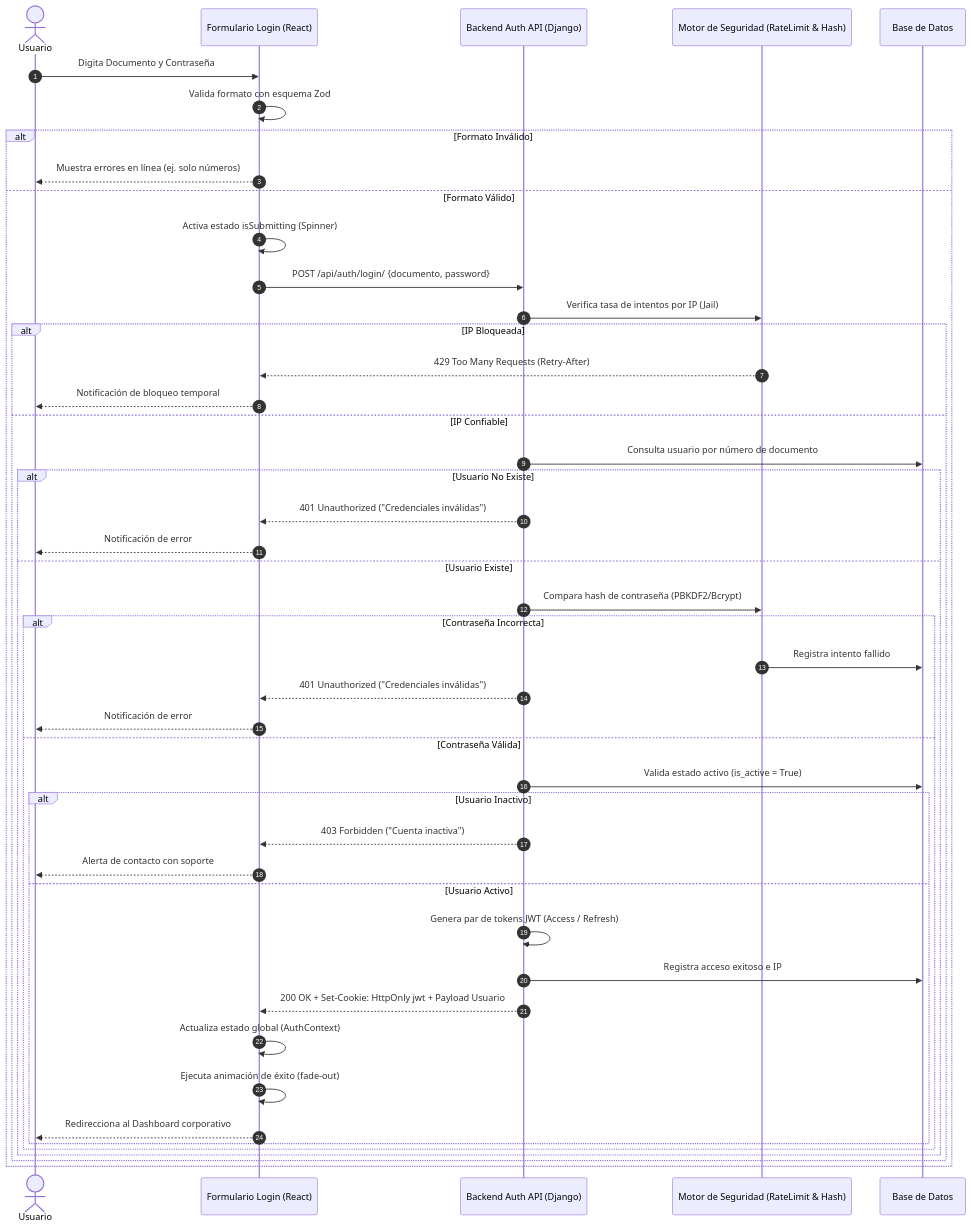
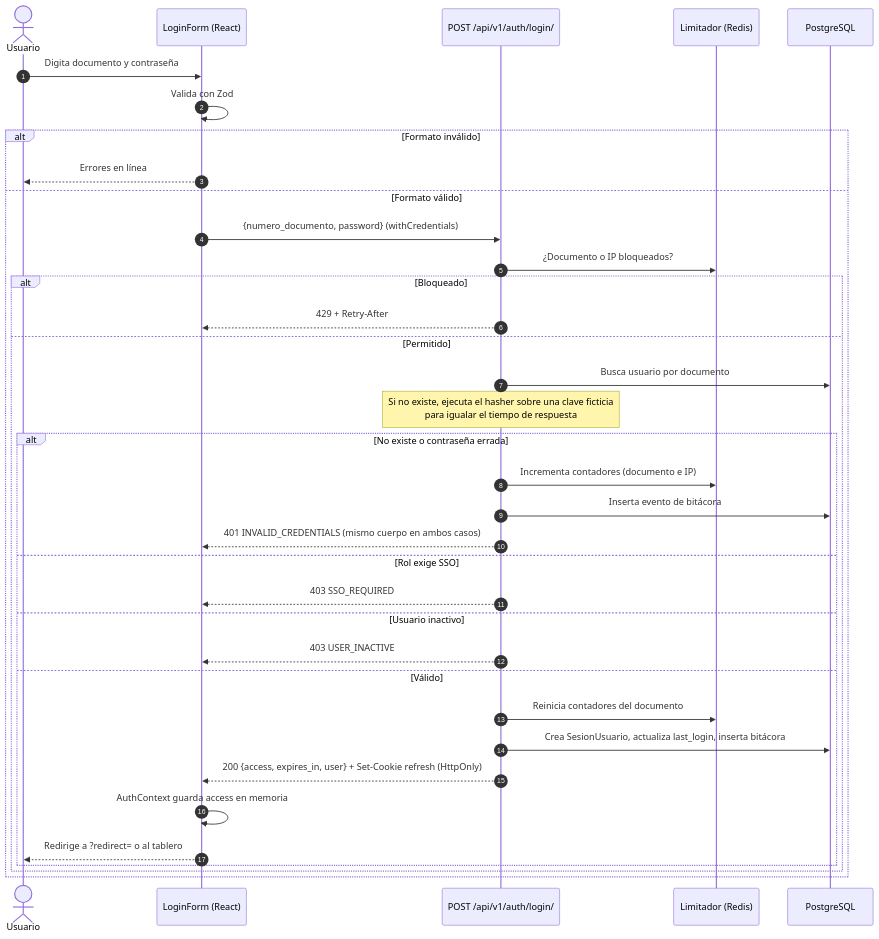
Before and after one commit to jnmontoy/sdd: the second of 4 diagrams in greenfield/pages/login/02_arquitectura_y_maquina_estados.md, drawn with Mermaid. The commit also changed other lines of this file and 152 other files, not shown here.

````diff
--- a/greenfield/pages/login/02_arquitectura_y_maquina_estados.md
+++ b/greenfield/pages/login/02_arquitectura_y_maquina_estados.md
@@ -57,49 +52,39 @@
 ```mermaid
 sequenceDiagram
     autonumber
     actor U as Usuario
-    participant UI as Formulario Login (React)
-    participant API as Backend Auth API (Django)
-    participant SEC as Motor de Seguridad (RateLimit & Hash)
-    participant DB as Base de Datos
+    participant UI as LoginForm (React)
+    participant API as POST /api/v1/auth/login/
+    participant RL as Limitador (Redis)
+    participant DB as PostgreSQL
 
-    U->>UI: Digita Documento y Contraseña
-    UI->>UI: Valida formato con esquema Zod
-    alt Formato Inválido
-        UI-->>U: Muestra errores en línea (ej. solo números)
-    else Formato Válido
-        UI->>UI: Activa estado isSubmitting (Spinner)
-        UI->>API: POST /api/auth/login/ {documento, password}
-        API->>SEC: Verifica tasa de intentos por IP (Jail)
-        alt IP Bloqueada
-            SEC-->>UI: 429 Too Many Requests (Retry-After)
-            UI-->>U: Notificación de bloqueo temporal
-        else IP Confiable
-            API->>DB: Consulta usuario por número de documento
-            alt Usuario No Existe
-                API-->>UI: 401 Unauthorized ("Credenciales inválidas")
-                UI-->>U: Notificación de error
-            else Usuario Existe
-                API->>SEC: Compara hash de contraseña (PBKDF2/Bcrypt)
-                alt Contraseña Incorrecta
-                    SEC->>DB: Registra intento fallido
-                    API-->>UI: 401 Unauthorized ("Credenciales inválidas")
-                    UI-->>U: Notificación de error
-                else Contraseña Válida
-                    API->>DB: Valida estado activo (is_active = True)
-                    alt Usuario Inactivo
-                        API-->>UI: 403 Forbidden ("Cuenta inactiva")
-                        UI-->>U: Alerta de contacto con soporte
-                    else Usuario Activo
-                        API->>API: Genera par de tokens JWT (Access / Refresh)
-                        API->>DB: Registra acceso exitoso e IP
-                        API-->>UI: 200 OK + Set-Cookie: HttpOnly jwt + Payload Usuario
-                        UI->>UI: Actualiza estado global (AuthContext)
-                        UI->>UI: Ejecuta animación de éxito (fade-out)
-                        UI-->>U: Redirecciona al Dashboard corporativo
-                    end
-                end
+    U->>UI: Digita documento y contraseña
+    UI->>UI: Valida con Zod
+    alt Formato inválido
+        UI-->>U: Errores en línea
+    else Formato válido
+        UI->>API: {numero_documento, password} (withCredentials)
+        API->>RL: ¿Documento o IP bloqueados?
+        alt Bloqueado
+            API-->>UI: 429 + Retry-After
+        else Permitido
+            API->>DB: Busca usuario por documento
+            Note over API: Si no existe, ejecuta el hasher sobre una clave ficticia<br/>para igualar el tiempo de respuesta
+            alt No existe o contraseña errada
+                API->>RL: Incrementa contadores (documento e IP)
+                API->>DB: Inserta evento de bitácora
+                API-->>UI: 401 INVALID_CREDENTIALS (mismo cuerpo en ambos casos)
+            else Rol exige SSO
+                API-->>UI: 403 SSO_REQUIRED
+            else Usuario inactivo
+                API-->>UI: 403 USER_INACTIVE
+            else Válido
+                API->>RL: Reinicia contadores del documento
+                API->>DB: Crea SesionUsuario, actualiza last_login, inserta bitácora
+                API-->>UI: 200 {access, expires_in, user} + Set-Cookie refresh (HttpOnly)
+                UI->>UI: AuthContext guarda access en memoria
+                UI-->>U: Redirige a ?redirect= o al tablero
             end
         end
     end
 ```
````
